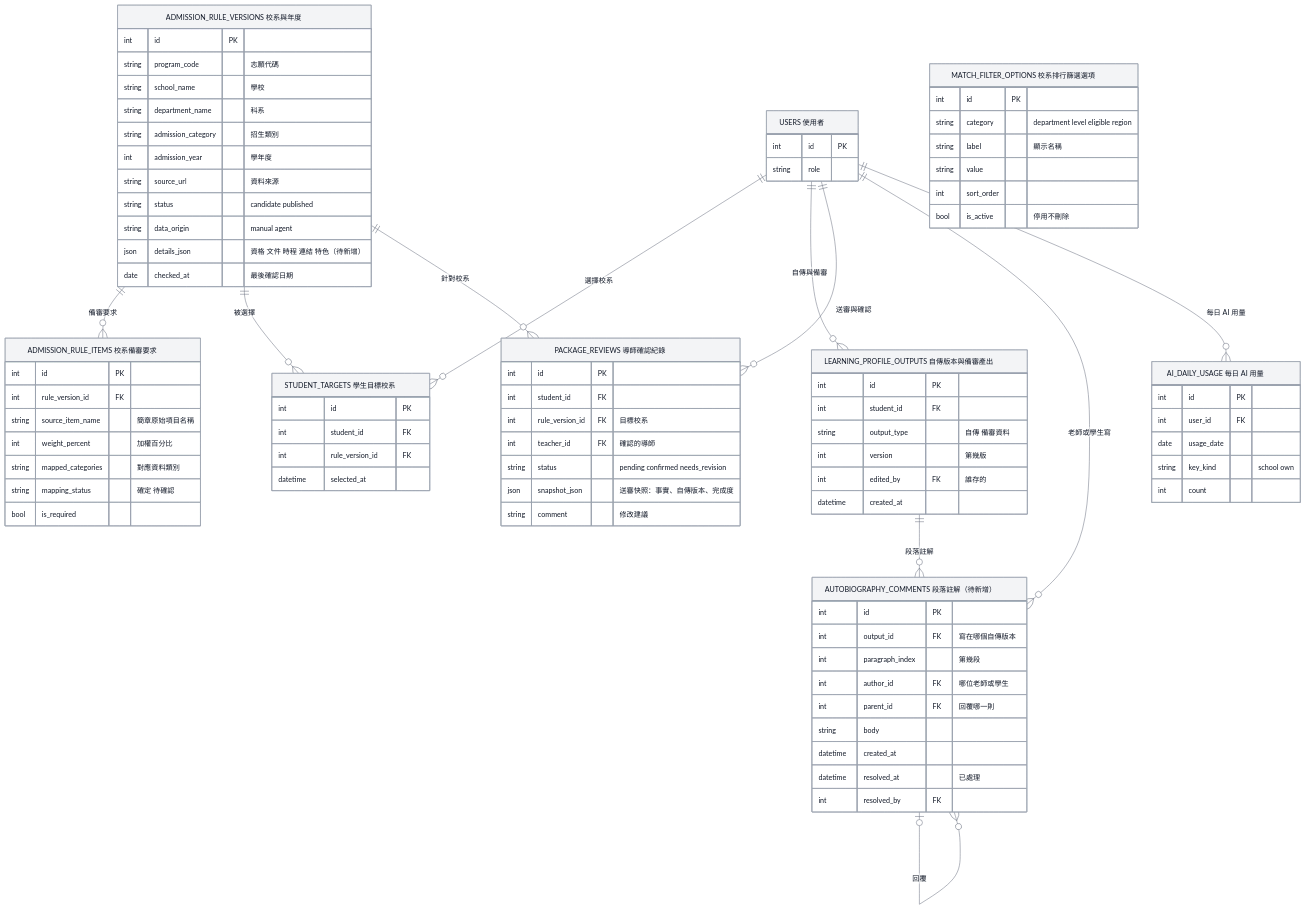
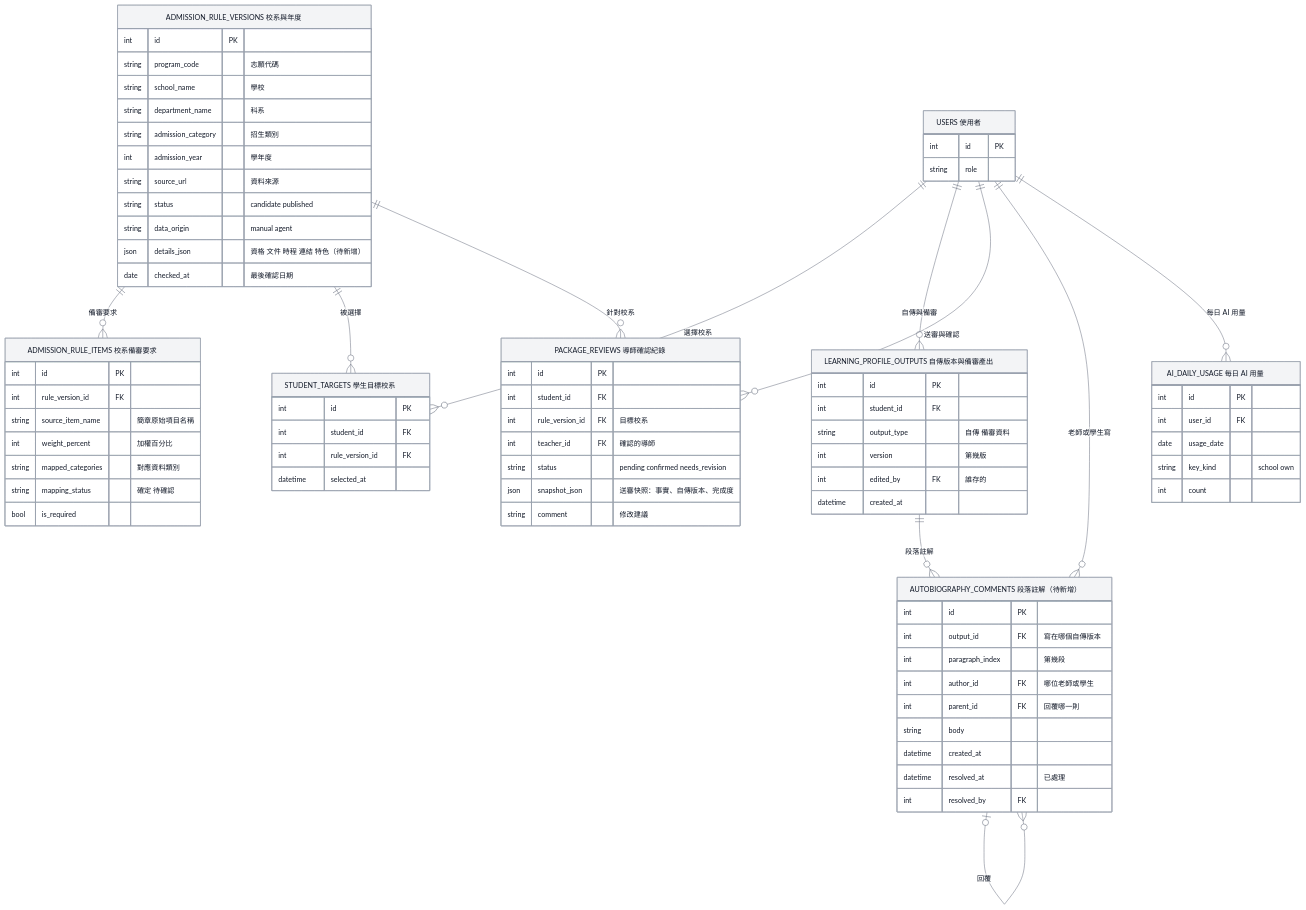
Diagram 16 of 19 in docs/04_圖表與介面/03_檢查與圖表規範/diagrams.md (111534107/smart-learning-portfolio-main), drawn with Mermaid before and after one commit. The commit also changed other lines of this file and 841 other files, not shown here.

````diff
--- a/docs/04_圖表與介面/03_檢查與圖表規範/diagrams.md
+++ b/docs/04_圖表與介面/03_檢查與圖表規範/diagrams.md
@@ -933,12 +899,4 @@
         string key_kind "school own"
         int count
     }
-    MATCH_FILTER_OPTIONS["MATCH_FILTER_OPTIONS 校系排行篩選選項　　　"] {
-        int id PK
-        string category "department level eligible region"
-        string label "顯示名稱"
-        string value
-        int sort_order
-        bool is_active "停用不刪除"
-    }
 ```
````
